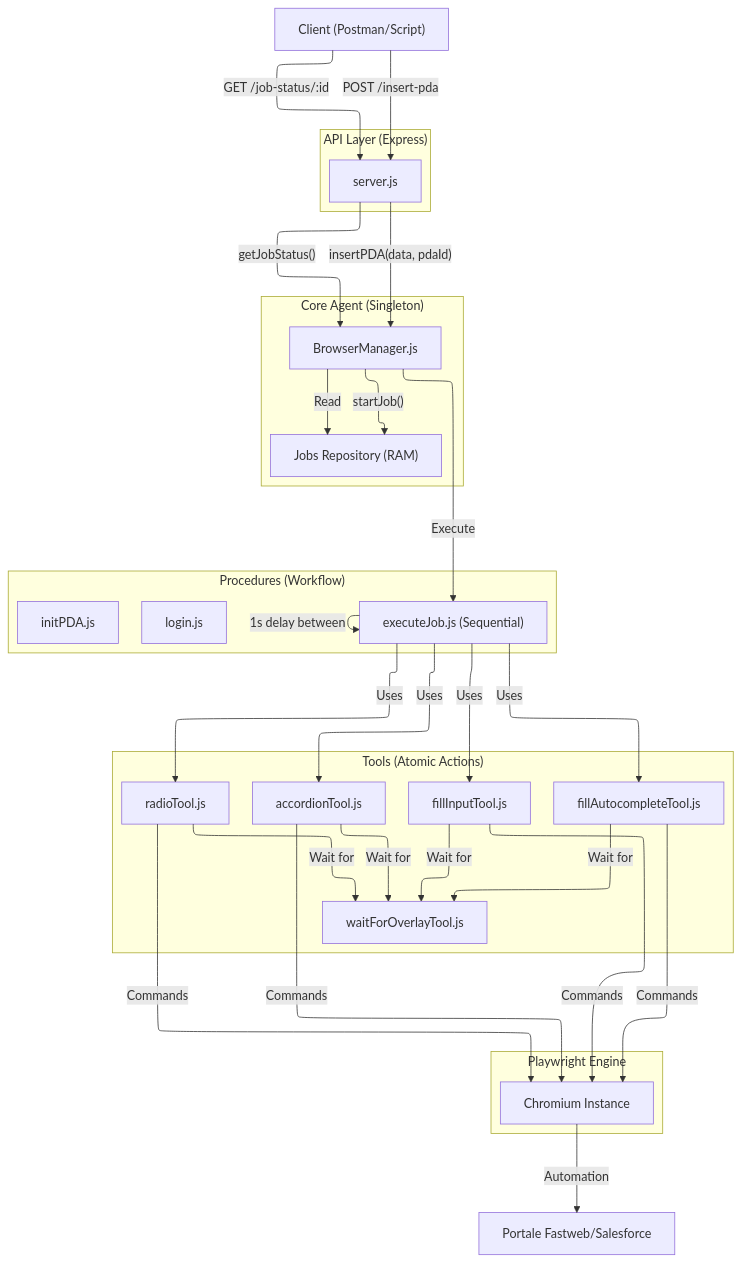
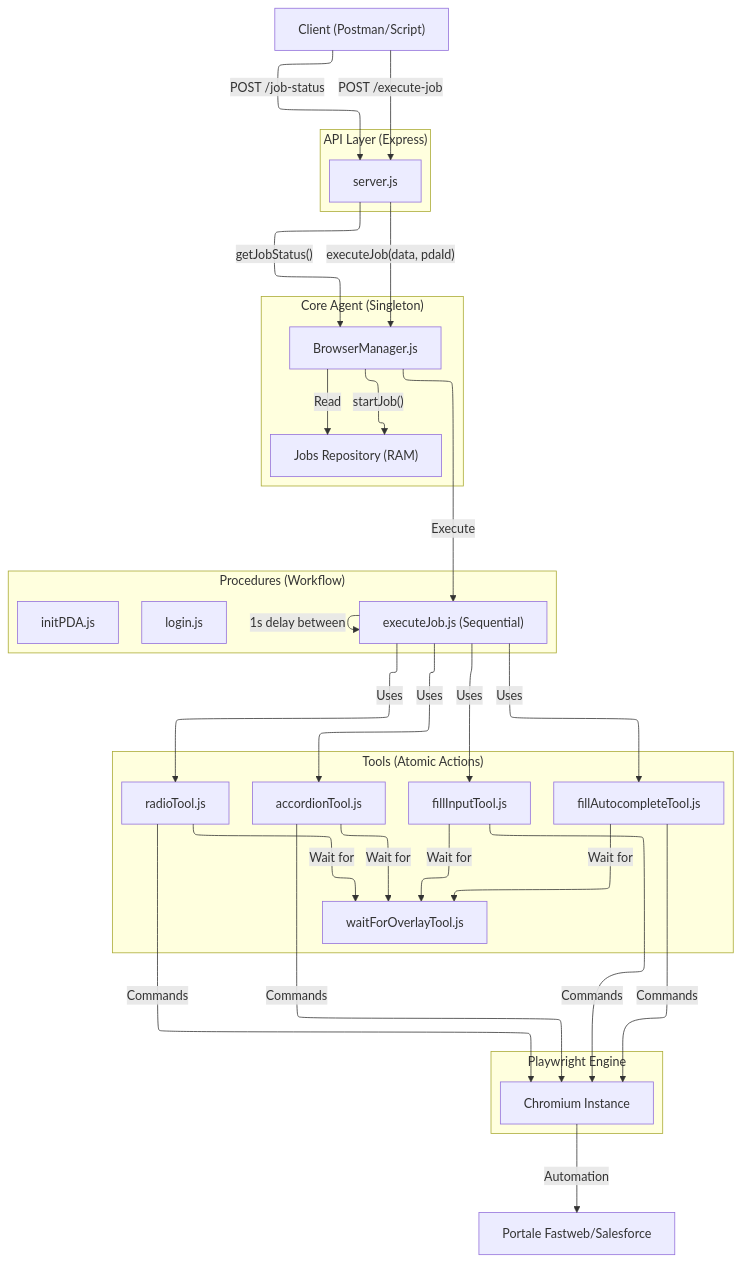
The diagram in README.md (rocco-giandomenico/John_Holmes), drawn with Mermaid before and after one commit. The commit also changed other lines of this file and 1 other file, not shown here.

Commit message:
feat: overhaul README documentation to reflect `executeJob` changes and standardize API endpoints to POST.

````diff
--- a/README.md
+++ b/README.md
@@ -45,47 +44,47 @@
 ```mermaid
 ---
 config:
   layout: elk
 ---
 flowchart TB
  subgraph subGraph0["API Layer (Express)"]
         Server["server.js"]
   end
  subgraph subGraph1["Core Agent (Singleton)"]
         BM["BrowserManager.js"]
         Jobs["Jobs Repository (RAM)"]
   end
  subgraph subGraph2["Procedures (Workflow)"]
-        PDA["insertPDA.js (Sequential)"]
+        JobExec["executeJob.js (Sequential)"]
         Login["login.js"]
         Init["initPDA.js"]
   end
  subgraph subGraph3["Tools (Atomic Actions)"]
         Fill["fillInputTool.js"]
         Accordion["accordionTool.js"]
         Radio["radioTool.js"]
         Autocomplete["fillAutocompleteTool.js"]
         Overlay["waitForOverlayTool.js"]
   end
  subgraph subGraph4["Playwright Engine"]
         Browser["Chromium Instance"]
   end
-    Client["Client (Postman/Script)"] -- "POST /insert-pda" --> Server
-    Server -- insertPDA(data, pdaId) --> BM
+    Client["Client (Postman/Script)"] -- "POST /execute-job" --> Server
+    Server -- executeJob(data, pdaId) --> BM
     BM -- startJob() --> Jobs
-    BM -- Execute --> PDA["executeJob.js (Sequential)"]
-    PDA -- 1s delay between --> PDA
-    PDA -- Uses --> Accordion & Fill & Autocomplete & Radio
+    BM -- Execute --> JobExec
+    JobExec -- 1s delay between --> JobExec
+    JobExec -- Uses --> Accordion & Fill & Autocomplete & Radio
     Accordion -- Wait for --> Overlay
     Fill -- Wait for --> Overlay
     Autocomplete -- Wait for --> Overlay
     Radio -- Wait for --> Overlay
     Accordion -- Commands --> Browser
     Fill -- Commands --> Browser
     Autocomplete -- Commands --> Browser
     Radio -- Commands --> Browser
     Browser -- Automation --> Fastweb["Portale Fastweb/Salesforce"]
-    Client -- "GET /job-status/:id" --> Server
+    Client -- "POST /job-status" --> Server
     Server -- getJobStatus() --> BM
     BM -- Read --> Jobs
 ```
````
